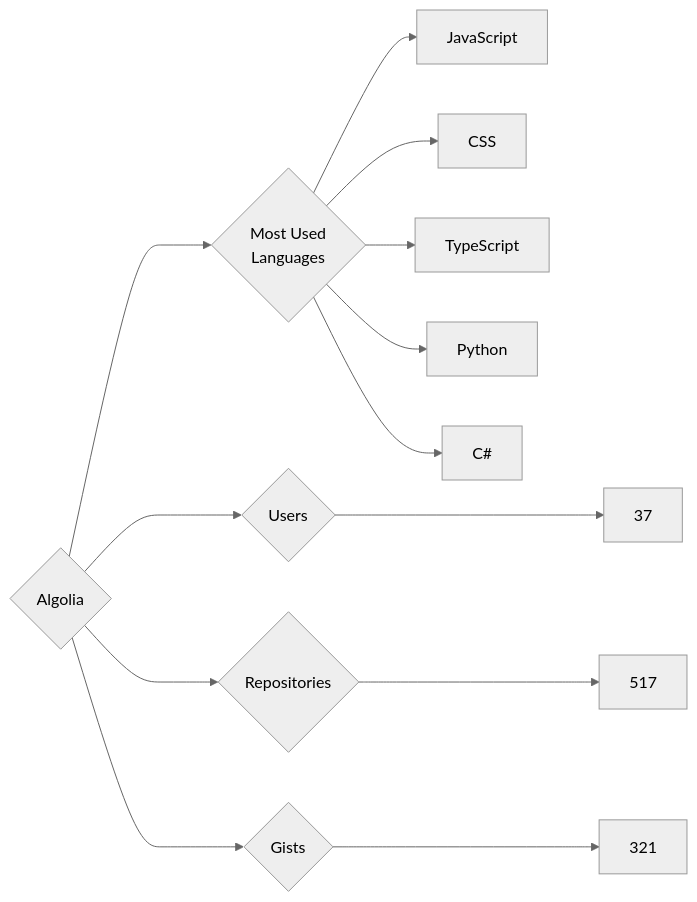
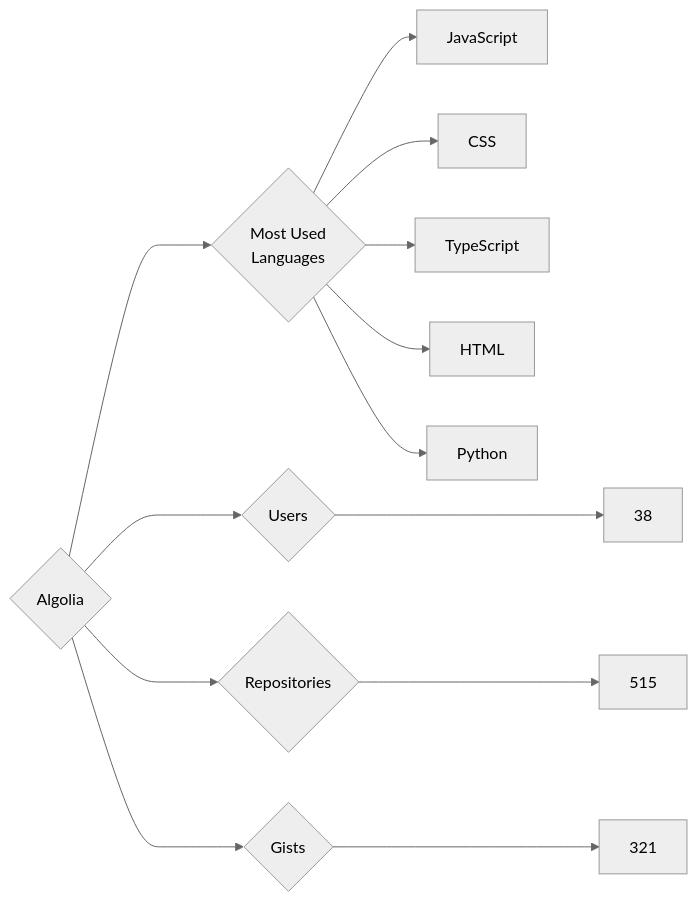
Before and after one commit to trickest/insiders: the diagram in targets/Algolia/README.md, drawn with Mermaid (neutral theme). The commit also changed 1195 other files, not shown here.

````diff
--- a/targets/Algolia/README.md
+++ b/targets/Algolia/README.md
@@ -3,13 +3,13 @@
 ```mermaid
 graph LR
 COMPANY_NAME{Algolia}
-COMPANY_NAME ---> U{Users} ---> UN[37]
-COMPANY_NAME ---> R{Repositories} ---> RN[517]
+COMPANY_NAME ---> U{Users} ---> UN[38]
+COMPANY_NAME ---> R{Repositories} ---> RN[515]
 COMPANY_NAME ---> G{Gists} ---> GN[321]
 COMPANY_NAME ---> ML{Most Used<br>Languages}
 ML --> JavaScript[JavaScript]
 ML --> CSS[CSS]
 ML --> TypeScript[TypeScript]
+ML --> HTML[HTML]
 ML --> Python[Python]
-ML --> C#[C#]
 ```
````
